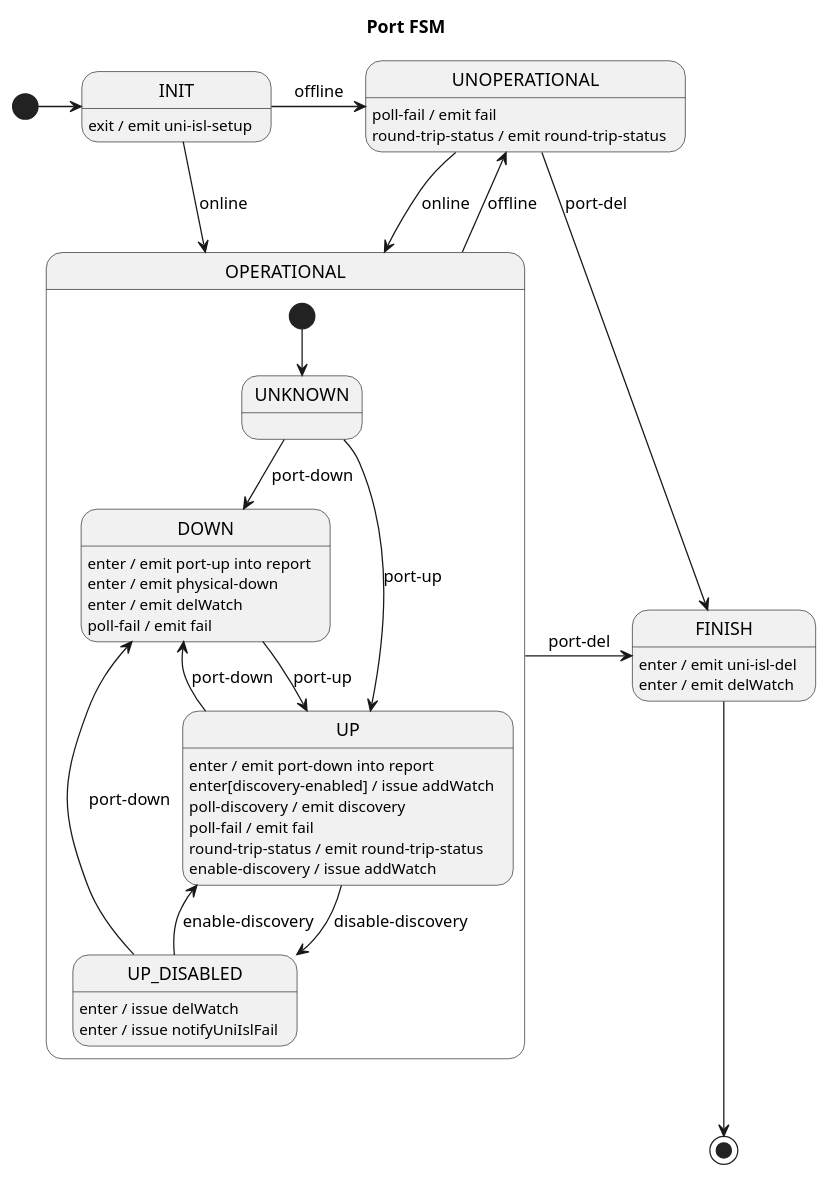
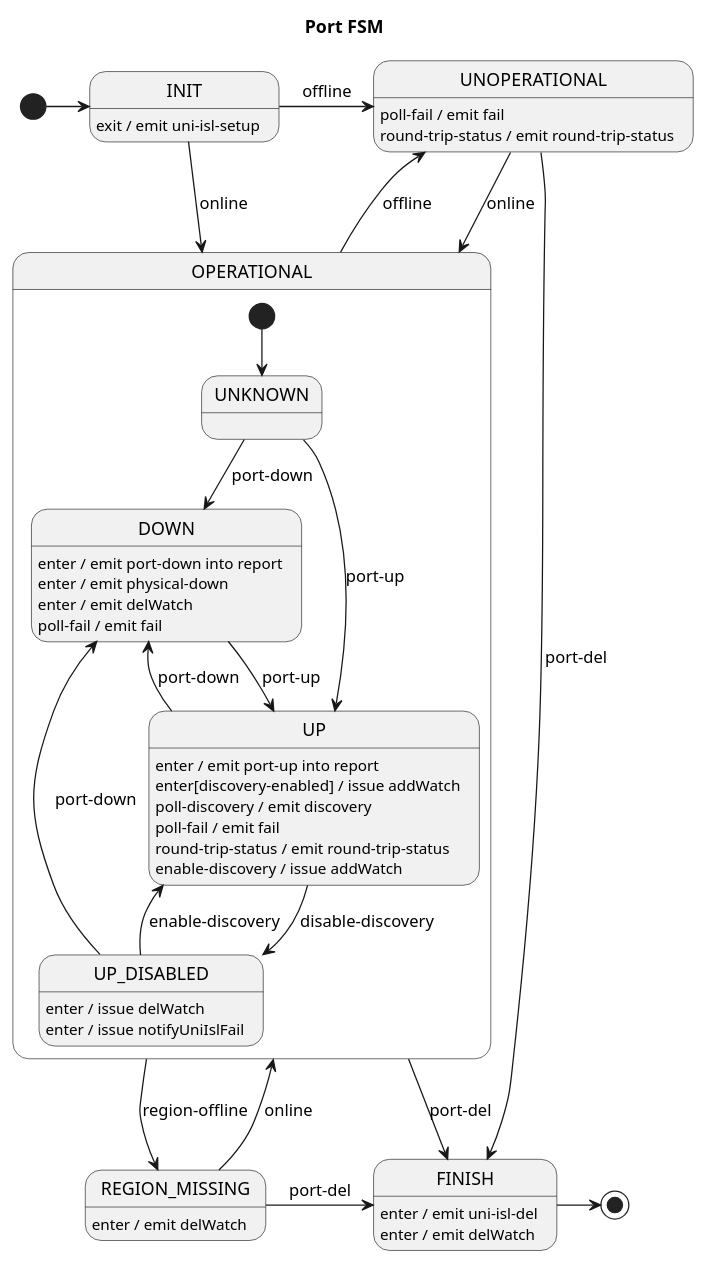
Before and after one commit to telstra/open-kilda: the diagram in docs/design/network-discovery/port-FSM.puml, drawn with PlantUML. The commit also changed other lines of this file and 16 other files, not shown here.

```diff
--- a/docs/design/network-discovery/port-FSM.puml
+++ b/docs/design/network-discovery/port-FSM.puml
@@ -21,49 +22,54 @@
 @startuml
 title Port FSM
 
 [*] -right-> INIT
 
 INIT -r-> UNOPERATIONAL : offline
 INIT -r-> OPERATIONAL : online
 INIT : exit / emit uni-isl-setup
 
 state OPERATIONAL {
     [*] --> UNKNOWN
 
     UNKNOWN --> DOWN : port-down
     UNKNOWN --> UP : port-up
 
     DOWN --> UP : port-up
-    DOWN : enter / emit port-up into report
+    DOWN : enter / emit port-down into report
     DOWN : enter / emit physical-down
     DOWN : enter / emit delWatch
     DOWN : poll-fail / emit fail
 
     UP --> DOWN : port-down
     UP --> UP_DISABLED : disable-discovery
-    UP : enter / emit port-down into report
+    UP : enter / emit port-up into report
     UP : enter[discovery-enabled] / issue addWatch
     UP : poll-discovery / emit discovery
     UP : poll-fail / emit fail
     UP : round-trip-status / emit round-trip-status
     UP : enable-discovery / issue addWatch
 
     UP_DISABLED --> DOWN : port-down
     UP_DISABLED --> UP : enable-discovery
     UP_DISABLED : enter / issue delWatch
     UP_DISABLED : enter / issue notifyUniIslFail
 }
 
 OPERATIONAL --> UNOPERATIONAL : offline
 OPERATIONAL -r-> FINISH : port-del
+OPERATIONAL --> REGION_MISSING : region-offline
 
 UNOPERATIONAL --> OPERATIONAL : online
 UNOPERATIONAL --> FINISH : port-del
 UNOPERATIONAL : poll-fail / emit fail
 UNOPERATIONAL : round-trip-status / emit round-trip-status
 
+REGION_MISSING : enter / emit delWatch
+REGION_MISSING --> OPERATIONAL : online
+REGION_MISSING -r-> FINISH : port-del
+
 FINISH: enter / emit uni-isl-del
 FINISH: enter / emit delWatch
-FINISH -d-> [*]
+FINISH -> [*]
 
 @enduml
```
